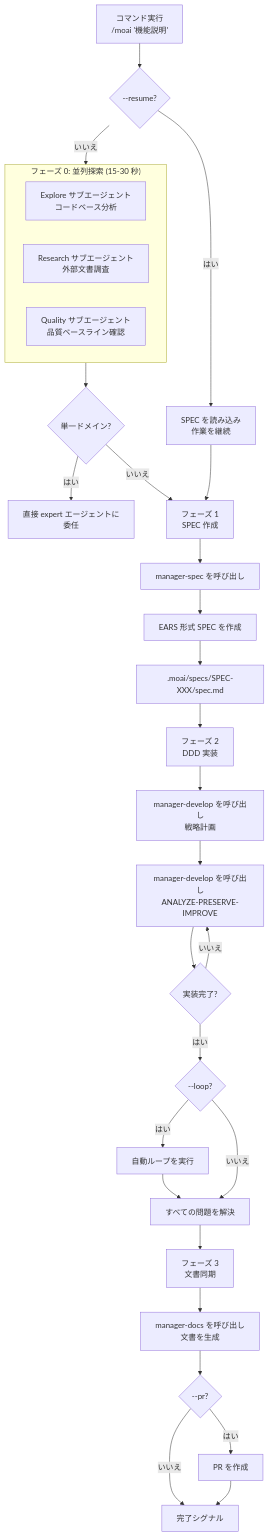
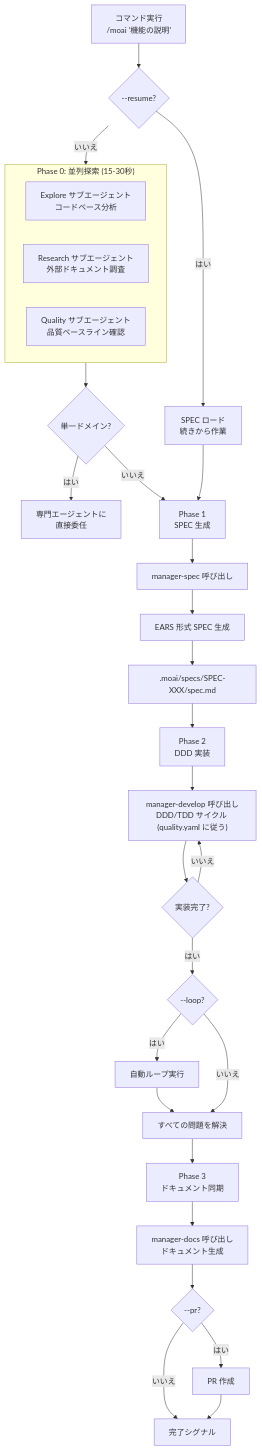
Before and after one commit to modu-ai/moai-adk: the diagram in docs-site/content/ja/utility-commands/moai.md, drawn with Mermaid. The commit also changed other lines of this file and 395 other files, not shown here.

````diff
--- a/docs-site/content/ja/utility-commands/moai.md
+++ b/docs-site/content/ja/utility-commands/moai.md
@@ -152,41 +119,40 @@
 ```mermaid
 flowchart TD
-    A["コマンド実行<br/>/moai '機能説明'"] --> B{--resume?}
-    B -->|はい| C["SPEC を読み込み<br/>作業を継続"]
-    B -->|いいえ| D["フェーズ 0<br/>並列探索"]
+    A["コマンド実行<br/>/moai '機能の説明'"] --> B{--resume?}
+    B -->|はい| C["SPEC ロード<br/>続きから作業"]
+    B -->|いいえ| D["Phase 0<br/>並列探索"]
 
-    subgraph D["フェーズ 0: 並列探索 (15-30 秒)"]
+    subgraph D["Phase 0: 並列探索 (15-30秒)"]
         D1["Explore サブエージェント<br/>コードベース分析"]
-        D2["Research サブエージェント<br/>外部文書調査"]
+        D2["Research サブエージェント<br/>外部ドキュメント調査"]
         D3["Quality サブエージェント<br/>品質ベースライン確認"]
     end
 
     D --> E{"単一ドメイン?"}
-    E -->|はい| F["直接 expert エージェントに<br/>委任"]
-    E -->|いいえ| G["フェーズ 1 を継続"]
+    E -->|はい| F["専門エージェントに<br/>直接委任"]
+    E -->|いいえ| G["Phase 1 継続"]
 
-    C --> G["フェーズ 1<br/>SPEC 作成"]
-    G --> H["manager-spec を呼び出し"]
-    H --> I["EARS 形式 SPEC を作成"]
+    C --> G["Phase 1<br/>SPEC 生成"]
+    G --> H["manager-spec 呼び出し"]
+    H --> I["EARS 形式 SPEC 生成"]
     I --> J[".moai/specs/SPEC-XXX/spec.md"]
 
-    J --> K["フェーズ 2<br/>DDD 実装"]
+    J --> K["Phase 2<br/>DDD 実装"]
 
-    K --> L["manager-develop を呼び出し<br/>戦略計画"]
-    L --> M["manager-develop を呼び出し<br/>ANALYZE-PRESERVE-IMPROVE"]
-    M --> N{"実装完了?"}
-    N -->|いいえ| M
-    N -->|はい| O{"--loop?"}
+    K --> L["manager-develop 呼び出し<br/>DDD/TDD サイクル (quality.yaml に従う)"]
+    L --> M{"実装完了?"}
+    M -->|いいえ| L
+    M -->|はい| N{"--loop?"}
 
-    O -->|はい| P["自動ループを実行"]
-    P --> Q["すべての問題を解決"]
-    O -->|いいえ| Q
+    N -->|はい| O["自動ループ実行"]
+    O --> P["すべての問題を解決"]
+    N -->|いいえ| P
 
-    Q --> R["フェーズ 3<br/>文書同期"]
+    P --> Q["Phase 3<br/>ドキュメント同期"]
 
-    R --> S["manager-docs を呼び出し<br/>文書を生成"]
-    S --> T{"--pr?"}
-    T -->|はい| U["PR を作成"]
-    T -->|いいえ| V["完了シグナル"]
-    U --> V
+    Q --> R["manager-docs 呼び出し<br/>ドキュメント生成"]
+    R --> S{"--pr?"}
+    S -->|はい| T["PR 作成"]
+    S -->|いいえ| U["完了シグナル"]
+    T --> U
 ```
````
